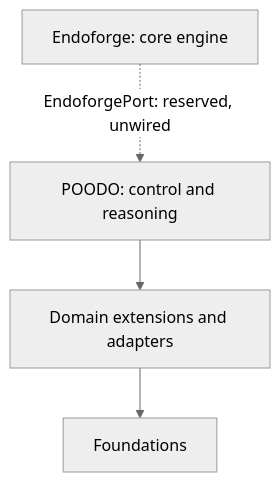
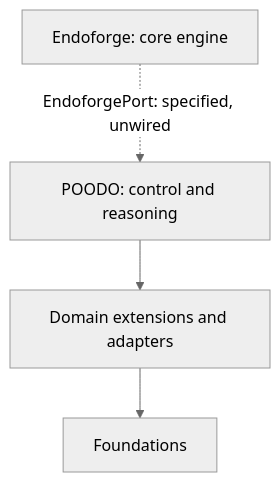
One commit to Akilleez-QA/cstack changed the diagram in docs/architecture/architecture.md. Above: the diagram before and after it, drawn with Mermaid (neutral theme). The commit also changed other lines of this file and 7 other files, not shown here.

````diff
--- a/docs/architecture/architecture.md
+++ b/docs/architecture/architecture.md
@@ -15,6 +15,6 @@
 ```mermaid
 flowchart TB
-    E[Endoforge: core engine] -. "EndoforgePort: reserved, unwired" .-> P[POODO: control and reasoning]
+    E[Endoforge: core engine] -. "EndoforgePort: specified, unwired" .-> P[POODO: control and reasoning]
     P --> A[Domain extensions and adapters]
     A --> F[Foundations]
 ```
````
